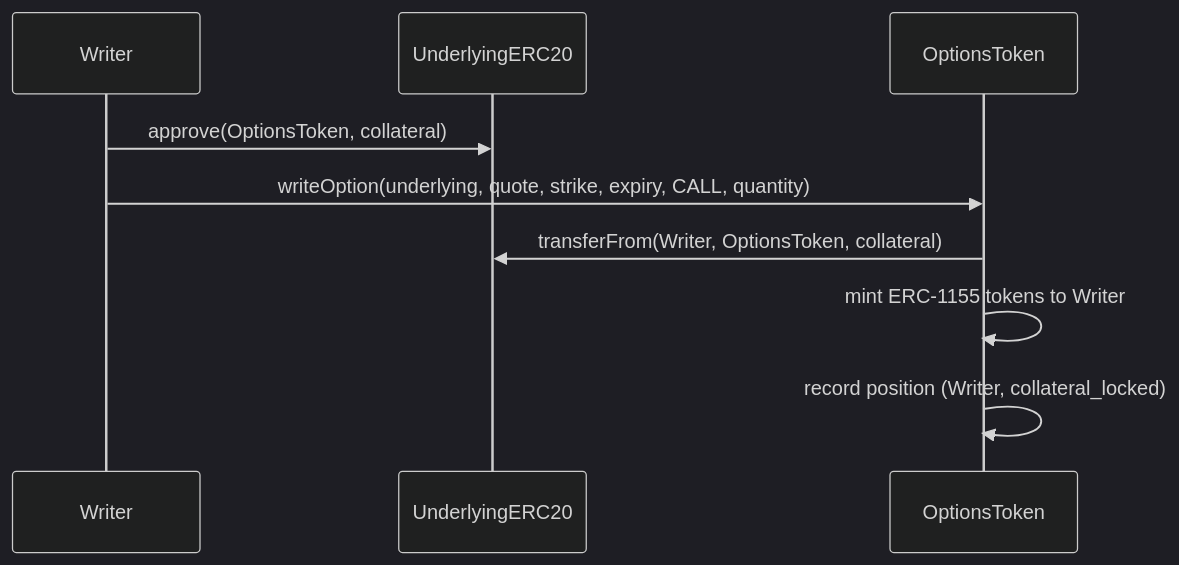
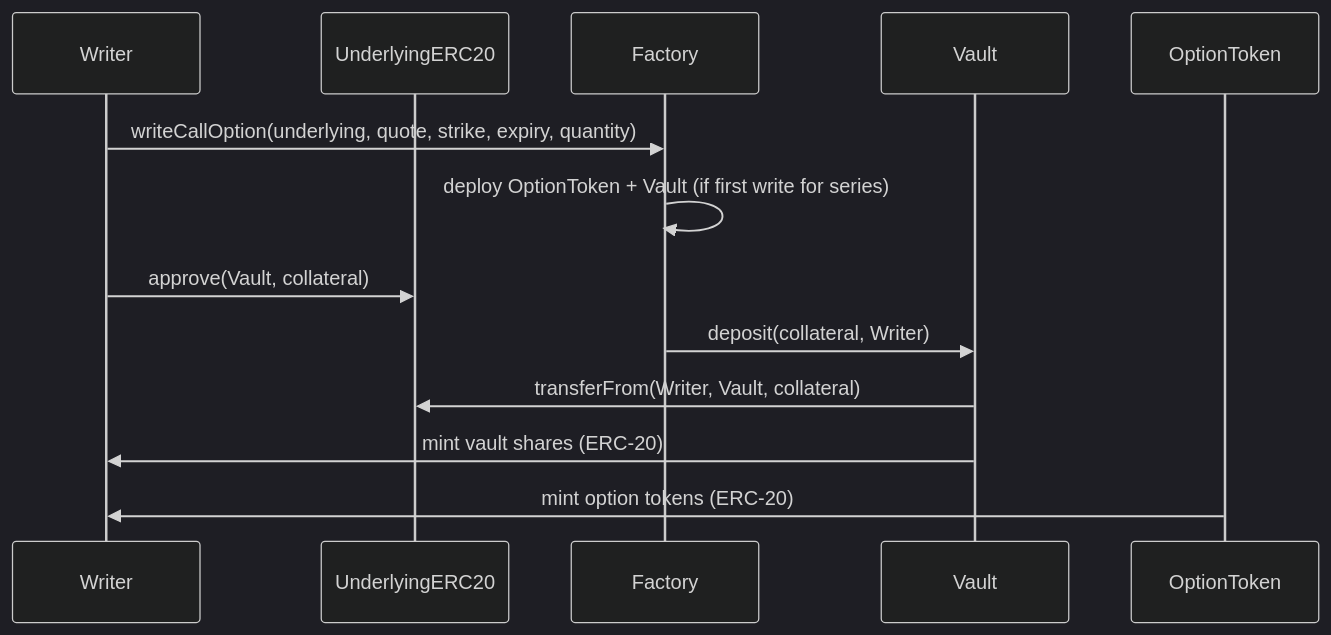
One commit to 0xgleb/optional changed the second of 8 diagrams in SPEC.md. Above: the diagram before and after it, drawn with Mermaid (dark theme). The commit also changed other lines of this file, not shown here.

Commit message:
option vault spec

````diff
--- a/SPEC.md
+++ b/SPEC.md
@@ -252,12 +352,16 @@
 ```mermaid
 sequenceDiagram
     participant Writer
     participant UnderlyingERC20
-    participant OptionsToken
+    participant Factory
+    participant Vault
+    participant OptionToken
 
-    Writer->>UnderlyingERC20: approve(OptionsToken, collateral)
-    Writer->>OptionsToken: writeOption(underlying, quote, strike, expiry, CALL, quantity)
-    OptionsToken->>UnderlyingERC20: transferFrom(Writer, OptionsToken, collateral)
-    OptionsToken->>OptionsToken: mint ERC-1155 tokens to Writer
-    OptionsToken->>OptionsToken: record position (Writer, collateral_locked)
+    Writer->>Factory: writeCallOption(underlying, quote, strike, expiry, quantity)
+    Factory->>Factory: deploy OptionToken + Vault (if first write for series)
+    Writer->>UnderlyingERC20: approve(Vault, collateral)
+    Factory->>Vault: deposit(collateral, Writer)
+    Vault->>UnderlyingERC20: transferFrom(Writer, Vault, collateral)
+    Vault->>Writer: mint vault shares (ERC-20)
+    OptionToken->>Writer: mint option tokens (ERC-20)
 ```
````
